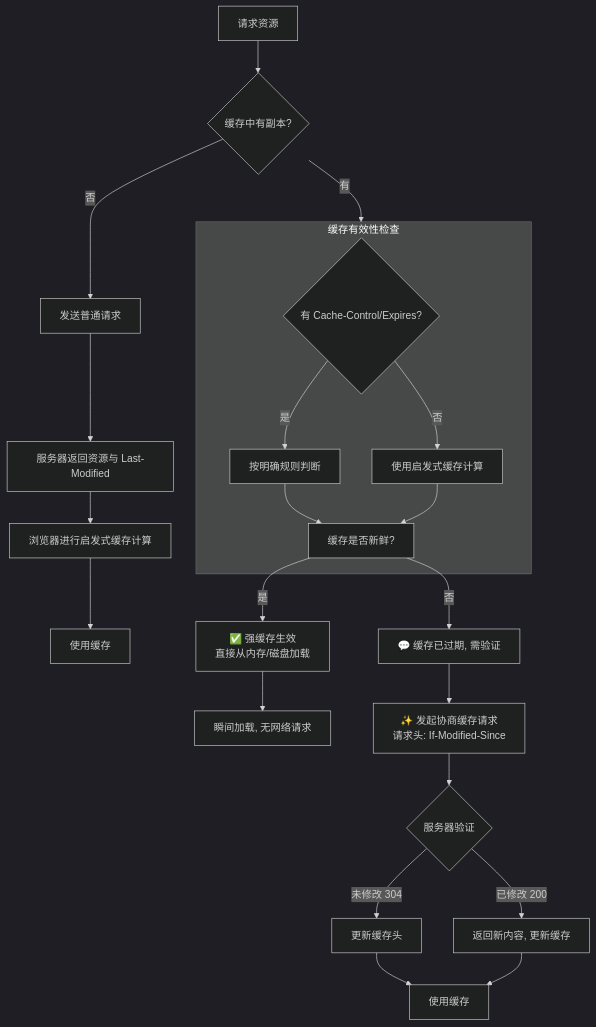
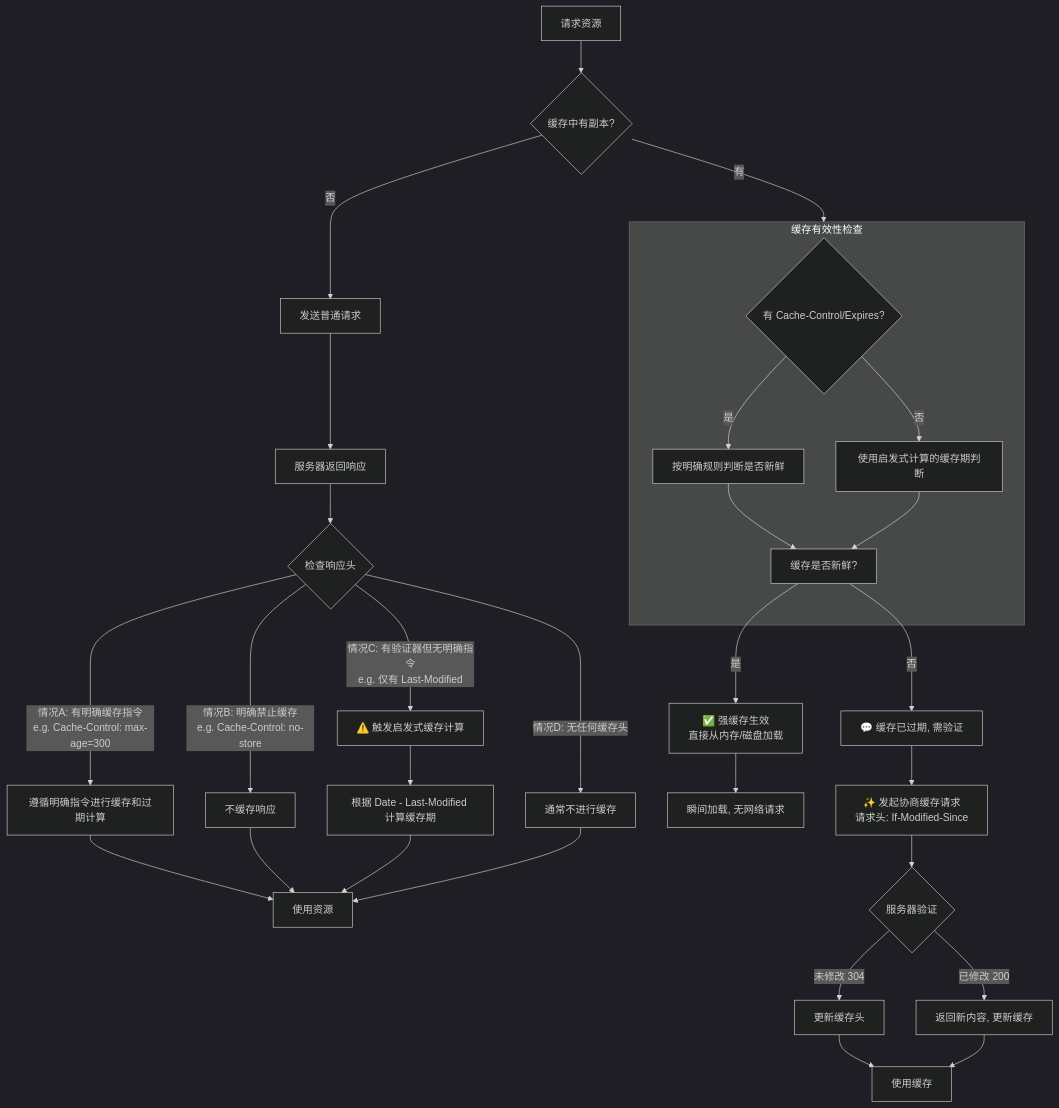
One commit to YeMao-Zi/YeMao-Zi.github.io changed the diagram in docs/01.前端/25.JavaScript文章/205.浏览器缓存机制.md. Above: the diagram before and after it, drawn with Mermaid (dark theme). The commit also changed 125 other files, not shown here.

````diff
--- a/docs/01.前端/25.JavaScript文章/205.浏览器缓存机制.md
+++ b/docs/01.前端/25.JavaScript文章/205.浏览器缓存机制.md
@@ -116,30 +116,42 @@
 ```mermaid
-flowchart TD
+graph TD
     A[请求资源] --> B{缓存中有副本?}
 
     B -- 否 --> C[发送普通请求]
-    C --> D[服务器返回资源与 Last-Modified]
-    D --> E[浏览器进行启发式缓存计算]
-    E --> F[使用缓存]
+    C --> D[服务器返回响应]
+    D --> E{检查响应头}
 
-    B -- 有 --> G
+    E -- 情况A: 有明确缓存指令<br>e.g. Cache-Control: max-age=300 --> F[遵循明确指令进行缓存和过期计算]
+    F --> G[使用资源]
 
-    subgraph G [缓存有效性检查]
-        H{有 Cache-Control/Expires?}
-        H -- 是 --> I[按明确规则判断]
-        H -- 否 --> J[使用启发式缓存计算]
-        I --> K[缓存是否新鲜?]
-        J --> K
+    E -- 情况B: 明确禁止缓存<br>e.g. Cache-Control: no-store --> H[不缓存响应]
+    H --> G
+
+    E -- 情况C: 有验证器但无明确指令<br>e.g. 仅有 Last-Modified --> I[⚠️ 触发启发式缓存计算]
+    I --> J[根据 Date - Last-Modified 计算缓存期]
+    J --> G
+
+    E -- 情况D: 无任何缓存头 --> K[通常不进行缓存]
+    K --> G
+
+    B -- 有 --> L
+
+    subgraph L [缓存有效性检查]
+        M{有 Cache-Control/Expires?}
+        M -- 是 --> N[按明确规则判断是否新鲜]
+        M -- 否 --> O[使用启发式计算的缓存期判断]
+        N --> P[缓存是否新鲜?]
+        O --> P
     end
 
-    K -- 是 --> L[✅ 强缓存生效<br>直接从内存/磁盘加载]
-    L --> M[瞬间加载, 无网络请求]
+    P -- 是 --> Q[✅ 强缓存生效<br>直接从内存/磁盘加载]
+    Q --> R[瞬间加载, 无网络请求]
 
-    K -- 否 --> N[💬 缓存已过期, 需验证]
-    N --> O[✨ 发起协商缓存请求<br>请求头: If-Modified-Since]
-    O --> P{服务器验证}
-    P -- 未修改 304 --> Q[更新缓存头]
-    Q --> R[使用缓存]
-    P -- 已修改 200 --> S[返回新内容, 更新缓存]
-    S --> R
+    P -- 否 --> S[💬 缓存已过期, 需验证]
+    S --> T[✨ 发起协商缓存请求<br>请求头: If-Modified-Since]
+    T --> U{服务器验证}
+    U -- 未修改 304 --> V[更新缓存头]
+    V --> W[使用缓存]
+    U -- 已修改 200 --> X[返回新内容, 更新缓存]
+    X --> W
 ```
````
